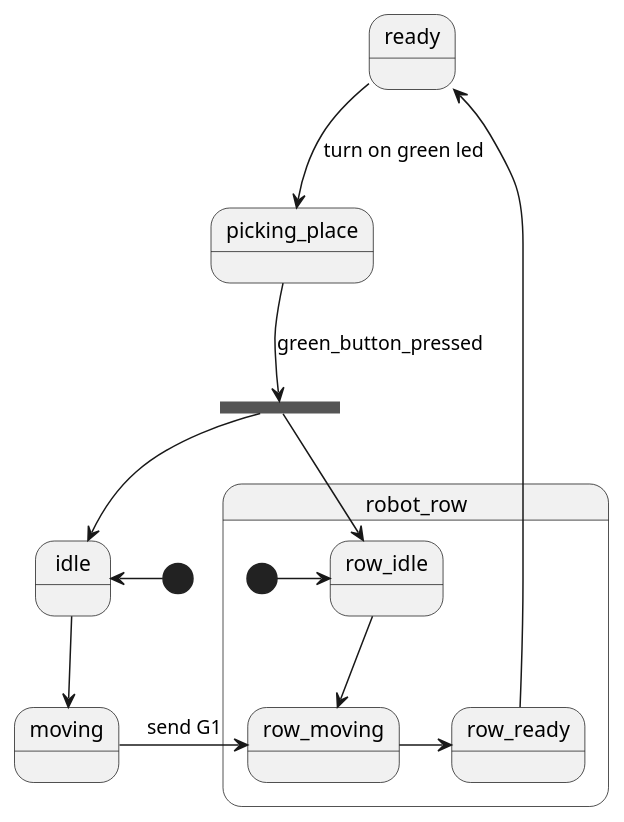
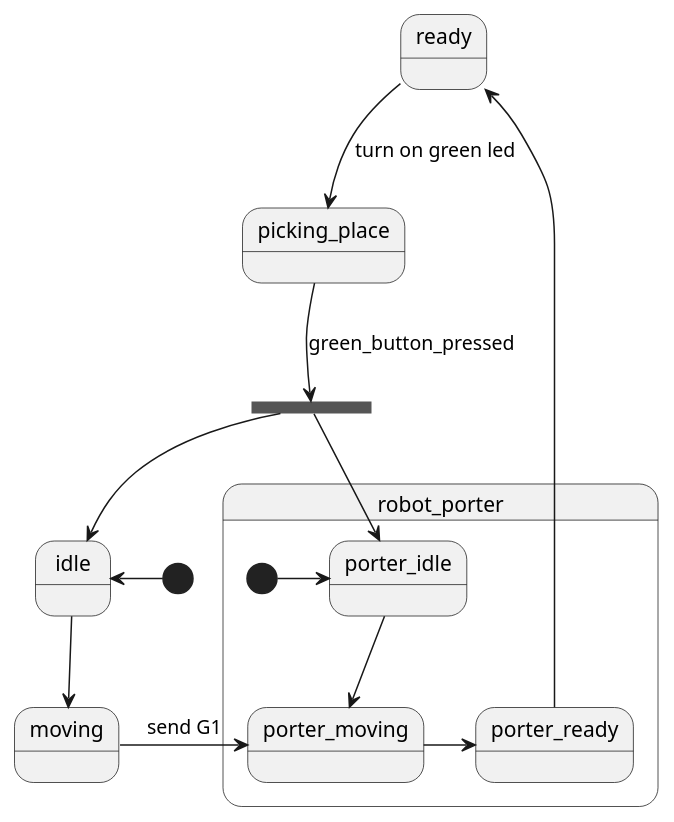
The diagram in apps/twh2/docs/withdraw_combined_state.puml (voicevon/gobot_front), drawn with PlantUML before and after one commit. The commit also changed 25 other files, not shown here.

```diff
--- a/apps/twh2/docs/withdraw_combined_state.puml
+++ b/apps/twh2/docs/withdraw_combined_state.puml
@@ -1,27 +1,27 @@
 @startuml
 
 
 state to_idle   <<fork>>
 ' state send_G1   <<fork>>
 
 
 [*] -> idle
 idle --> moving 
 ' send_G1 --> moving
 ' moving --> ready: M408
 ready --> picking_place:  turn on green led
 picking_place --> to_idle:  green_button_pressed
 to_idle --> idle
 
 
-state robot_row {
-  [*] -> row_idle 
-  row_idle --> row_moving
-  row_moving -> row_ready
+state robot_porter {
+  [*] -> porter_idle 
+  porter_idle --> porter_moving
+  porter_moving -> porter_ready
 }
-moving --> row_moving: send G1
+moving --> porter_moving: send G1
 ' to_idle --> row_idle
-row_ready --> ready
-to_idle --> row_idle
+porter_ready --> ready
+to_idle --> porter_idle
 
 @enduml
```
